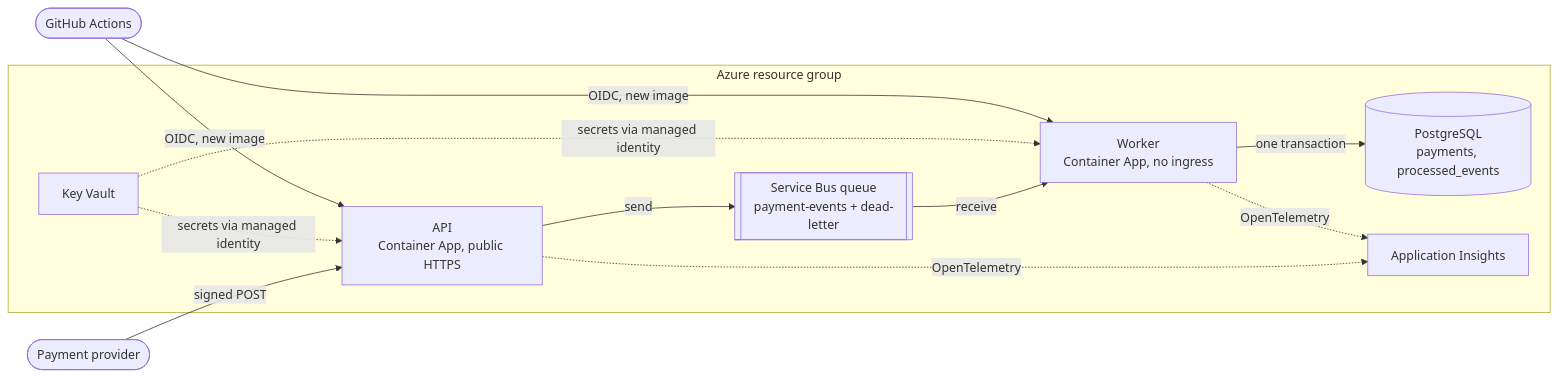
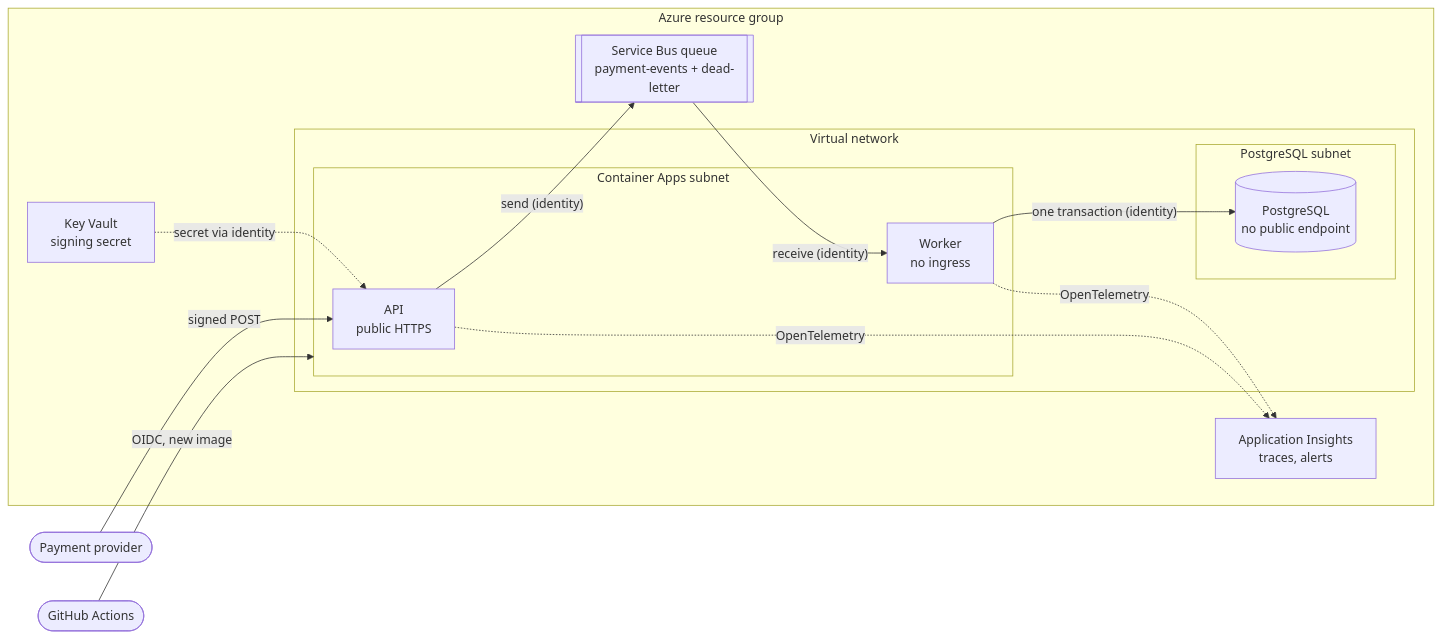
One commit to AleksaCavic1996/azure-webhook-processor changed the diagram in README.md. Above: the diagram before and after it, drawn with Mermaid. The commit also changed other lines of this file, not shown here.

First line of the commit message:
Phase 8.6: README for identity sign-in, the private network and operations

````diff
--- a/README.md
+++ b/README.md
@@ -12,24 +14,28 @@
 ```mermaid
 flowchart LR
     provider([Payment provider]) -- "signed POST" --> api
+    github([GitHub Actions]) -- "OIDC, new image" --> apps
 
     subgraph azure [Azure resource group]
-        api["API<br/>Container App, public HTTPS"]
         queue[["Service Bus queue<br/>payment-events + dead-letter"]]
-        worker["Worker<br/>Container App, no ingress"]
-        db[("PostgreSQL<br/>payments, processed_events")]
-        vault["Key Vault"]
-        insights["Application Insights"]
+        vault["Key Vault<br/>signing secret"]
+        insights["Application Insights<br/>traces, alerts"]
 
-        api -- "send" --> queue
-        queue -- "receive" --> worker
-        worker -- "one transaction" --> db
-        vault -. "secrets via managed identity" .-> api
-        vault -. "secrets via managed identity" .-> worker
+        subgraph vnet [Virtual network]
+            subgraph apps [Container Apps subnet]
+                api["API<br/>public HTTPS"]
+                worker["Worker<br/>no ingress"]
+            end
+            subgraph dbnet [PostgreSQL subnet]
+                db[("PostgreSQL<br/>no public endpoint")]
+            end
+        end
+
+        api -- "send (identity)" --> queue
+        queue -- "receive (identity)" --> worker
+        worker -- "one transaction (identity)" --> db
+        vault -. "secret via identity" .-> api
         api -. "OpenTelemetry" .-> insights
         worker -. "OpenTelemetry" .-> insights
     end
-
-    github([GitHub Actions]) -- "OIDC, new image" --> api
-    github -- "OIDC, new image" --> worker
 ```
````
